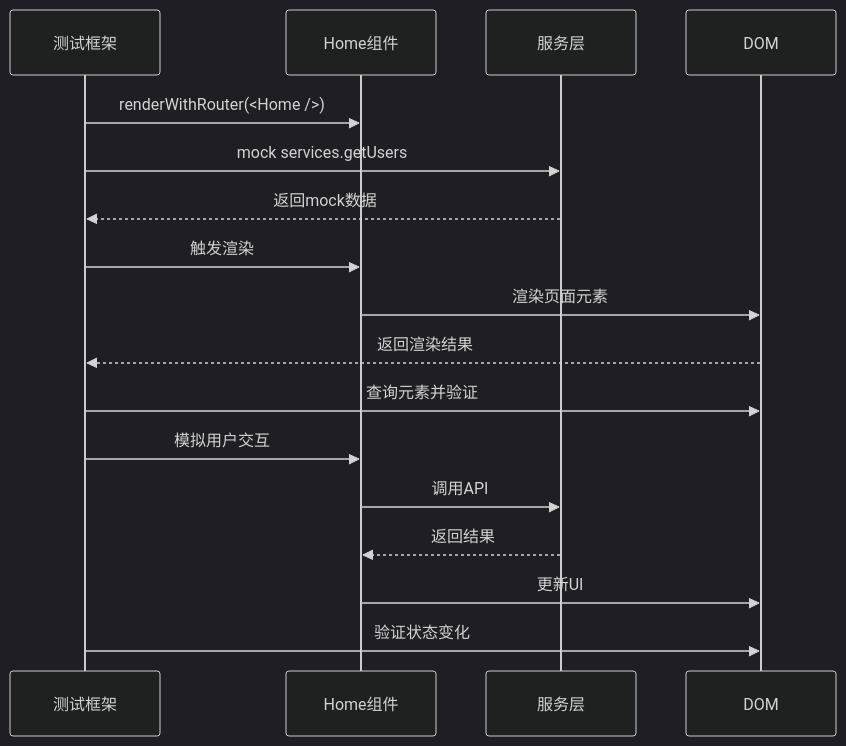
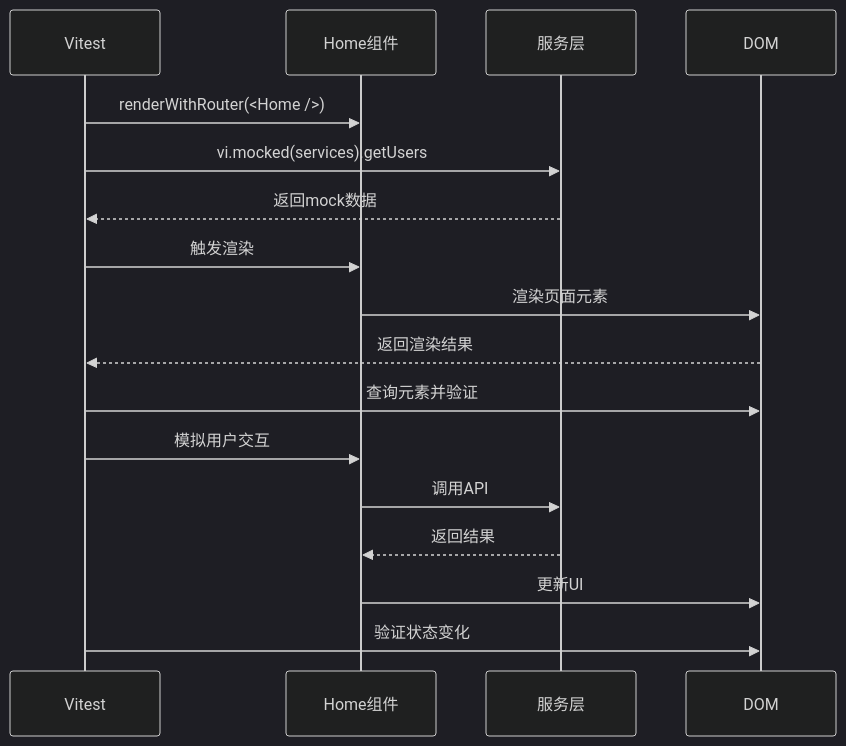
One commit to fengerzh/react-vscode-template changed the second of 11 diagrams in .qoder/repowiki/zh/content/测试策略/单元测试.md. Above: the diagram before and after it, drawn with Mermaid (dark theme). The commit also changed other lines of this file and 15 other files, not shown here.

````diff
--- a/.qoder/repowiki/zh/content/测试策略/单元测试.md
+++ b/.qoder/repowiki/zh/content/测试策略/单元测试.md
@@ -52,19 +78,19 @@
 ```mermaid
 sequenceDiagram
-participant 测试框架 as 测试框架
+participant 测试框架 as Vitest
 participant Home组件 as Home组件
 participant 服务层 as 服务层
 participant DOM as DOM
 测试框架->>Home组件 : renderWithRouter(<Home />)
-测试框架->>服务层 : mock services.getUsers
+测试框架->>服务层 : vi.mocked(services).getUsers
 服务层-->>测试框架 : 返回mock数据
 测试框架->>Home组件 : 触发渲染
 Home组件->>DOM : 渲染页面元素
 DOM-->>测试框架 : 返回渲染结果
 测试框架->>DOM : 查询元素并验证
 测试框架->>Home组件 : 模拟用户交互
 Home组件->>服务层 : 调用API
 服务层-->>Home组件 : 返回结果
 Home组件->>DOM : 更新UI
 测试框架->>DOM : 验证状态变化
 ```
````
